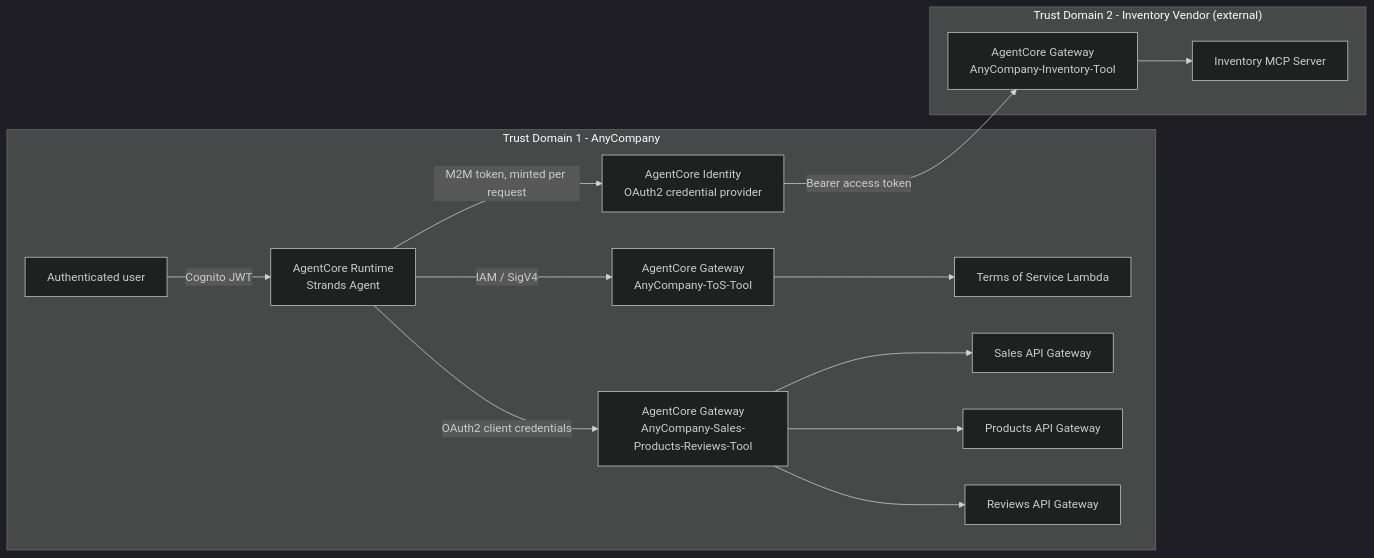
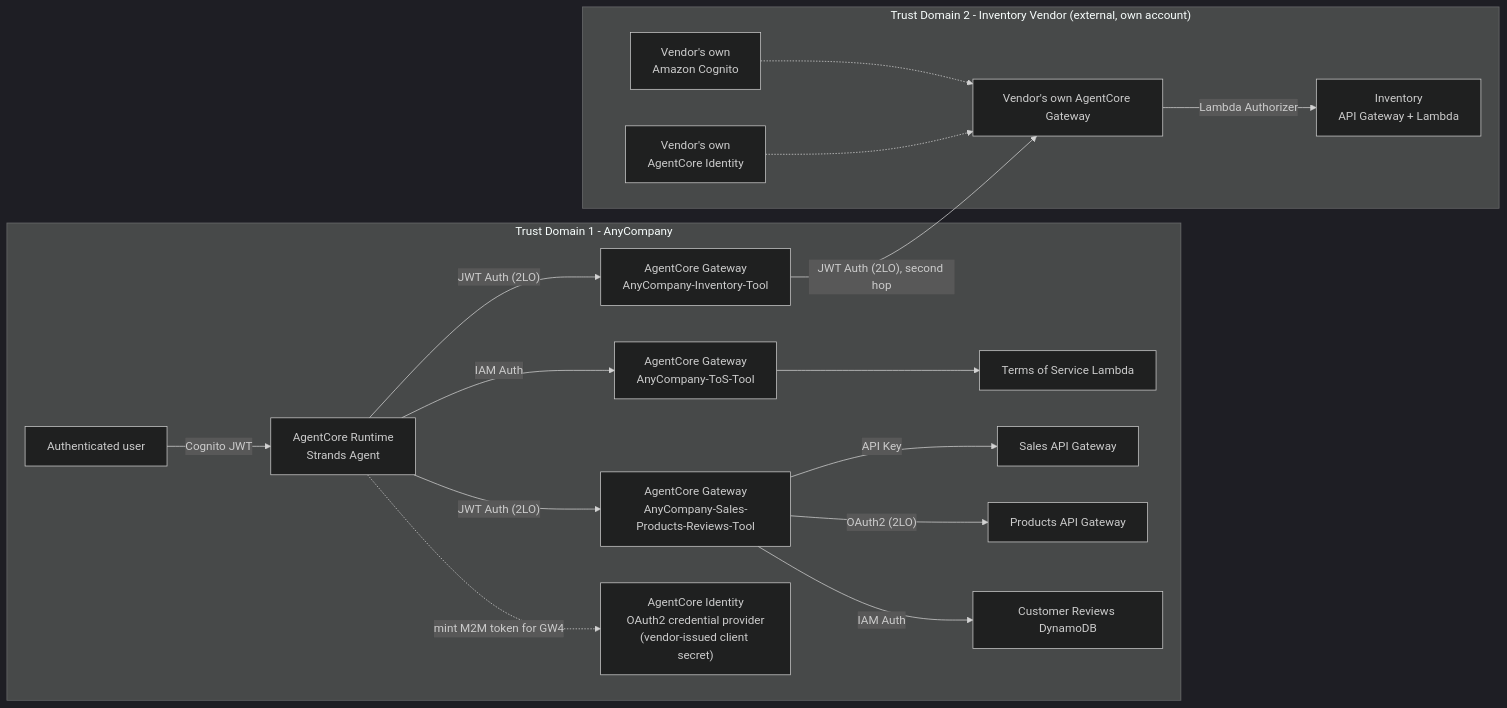
One commit to KartikJaswal1111/agent_identity_management_on_aws changed the diagram in docs/04-activity4-add-the-inventory-mcp-tool.md. Above: the diagram before and after it, drawn with Mermaid (dark theme). The commit also changed other lines of this file and 24 other files, not shown here.

````diff
--- a/docs/04-activity4-add-the-inventory-mcp-tool.md
+++ b/docs/04-activity4-add-the-inventory-mcp-tool.md
@@ -5,17 +5,24 @@
 ```mermaid
 graph LR
     subgraph TD1["Trust Domain 1 - AnyCompany"]
         User["Authenticated user"] -->|Cognito JWT| Runtime["AgentCore Runtime<br/>Strands Agent"]
-        Runtime -->|IAM / SigV4| GW1["AgentCore Gateway<br/>AnyCompany-ToS-Tool"]
-        Runtime -->|OAuth2 client credentials| GW2["AgentCore Gateway<br/>AnyCompany-Sales-Products-Reviews-Tool"]
-        Runtime -->|M2M token, minted per request| Identity["AgentCore Identity<br/>OAuth2 credential provider"]
+        Runtime -->|IAM Auth| GW1["AgentCore Gateway<br/>AnyCompany-ToS-Tool"]
+        Runtime -->|"JWT Auth (2LO)"| GW2["AgentCore Gateway<br/>AnyCompany-Sales-Products-Reviews-Tool"]
+        Runtime -->|"JWT Auth (2LO)"| GW4["AgentCore Gateway<br/>AnyCompany-Inventory-Tool"]
+        Identity["AgentCore Identity<br/>OAuth2 credential provider<br/>(vendor-issued client secret)"]
+        Runtime -.->|mint M2M token for GW4| Identity
         GW1 --> ToS["Terms of Service Lambda"]
-        GW2 --> Sales["Sales API Gateway"]
-        GW2 --> Products["Products API Gateway"]
-        GW2 --> Reviews["Reviews API Gateway"]
+        GW2 -->|API Key| Sales["Sales API Gateway"]
+        GW2 -->|"OAuth2 (2LO)"| Products["Products API Gateway"]
+        GW2 -->|IAM Auth| Reviews["Customer Reviews DynamoDB"]
     end
-    subgraph TD2["Trust Domain 2 - Inventory Vendor (external)"]
-        Identity -->|Bearer access token| GW3["AgentCore Gateway<br/>AnyCompany-Inventory-Tool"]
-        GW3 --> Inventory["Inventory MCP Server"]
+    subgraph TD2["Trust Domain 2 - Inventory Vendor (external, own account)"]
+        VendorCognito["Vendor's own<br/>Amazon Cognito"]
+        VendorIdentity["Vendor's own<br/>AgentCore Identity"]
+        GW3["Vendor's own AgentCore Gateway"]
+        VendorCognito -.-> GW3
+        VendorIdentity -.-> GW3
+        GW3 -->|Lambda Authorizer| Inventory["Inventory<br/>API Gateway + Lambda"]
     end
+    GW4 -->|"JWT Auth (2LO), second hop"| GW3
 ```
````
